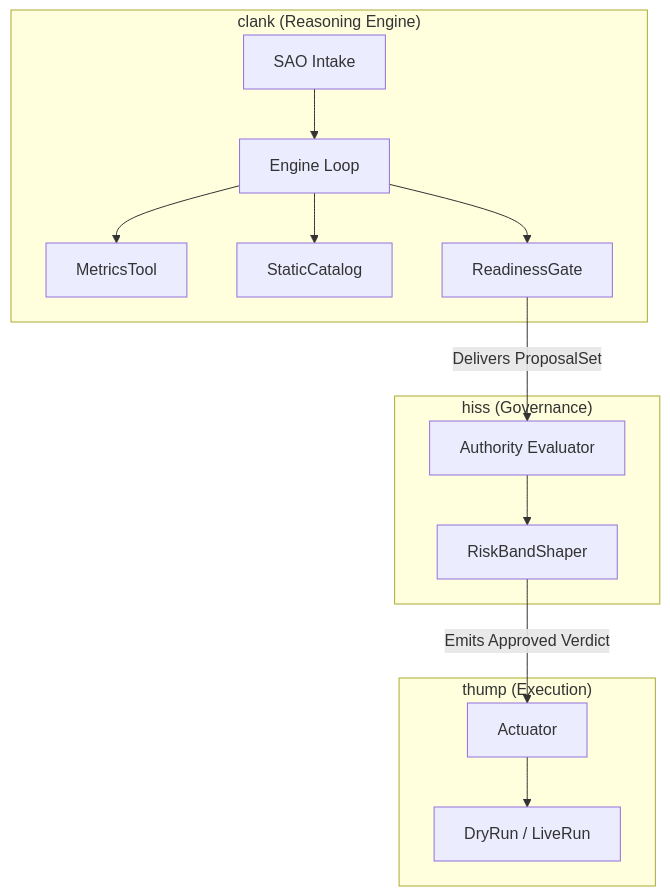
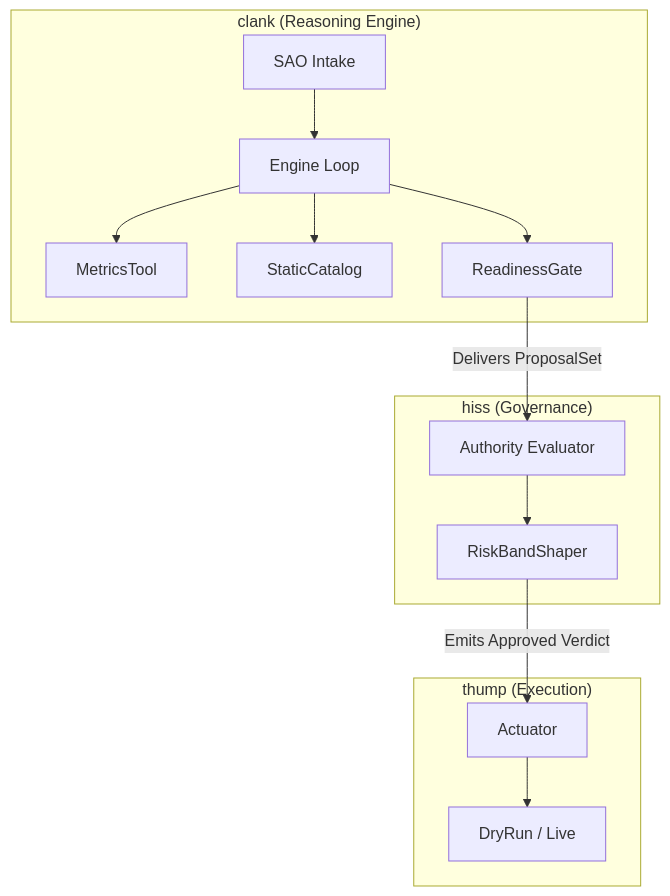
One commit to IanEff/thump changed the third of 5 diagrams in docs/c4-architecture.md. Above: the diagram before and after it, drawn with Mermaid. The commit also changed other lines of this file and 5 other files, not shown here.

````diff
--- a/docs/c4-architecture.md
+++ b/docs/c4-architecture.md
@@ -83,29 +83,29 @@
 ```mermaid
 flowchart TB
     subgraph Clank["clank (Reasoning Engine)"]
         Intake["SAO Intake"]
         Engine["Engine Loop"]
         MetricsTool["MetricsTool"]
         Catalog["StaticCatalog"]
         Gate["ReadinessGate"]
     end
 
     subgraph Hiss["hiss (Governance)"]
         Authority["Authority Evaluator"]
         Shaper["RiskBandShaper"]
     end
 
     subgraph ThumpExec["thump (Execution)"]
         Actuator["Actuator"]
-        Runner["DryRun / LiveRun"]
+        Runner["DryRun / Live"]
     end
 
     Intake --> Engine
     Engine --> MetricsTool
     Engine --> Catalog
     Engine --> Gate
     Gate -- "Delivers ProposalSet" --> Authority
     Authority --> Shaper
     Shaper -- "Emits Approved Verdict" --> Actuator
     Actuator --> Runner
 ```
````
